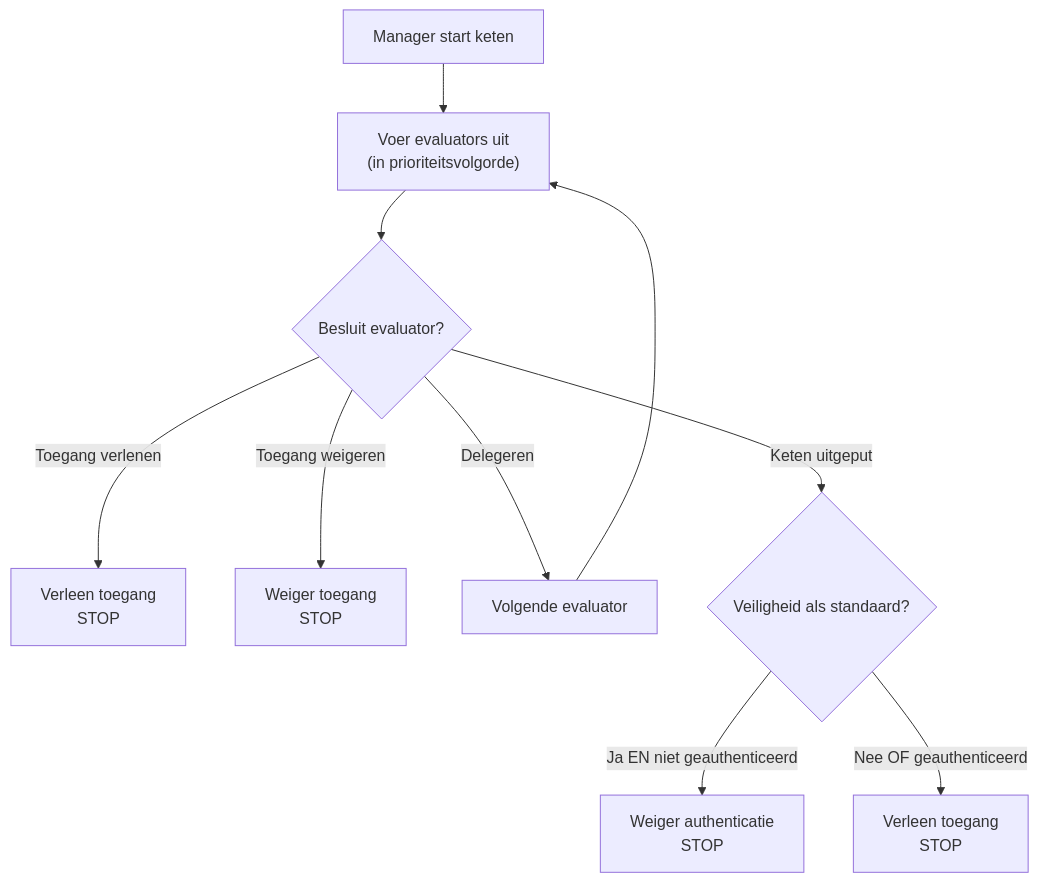
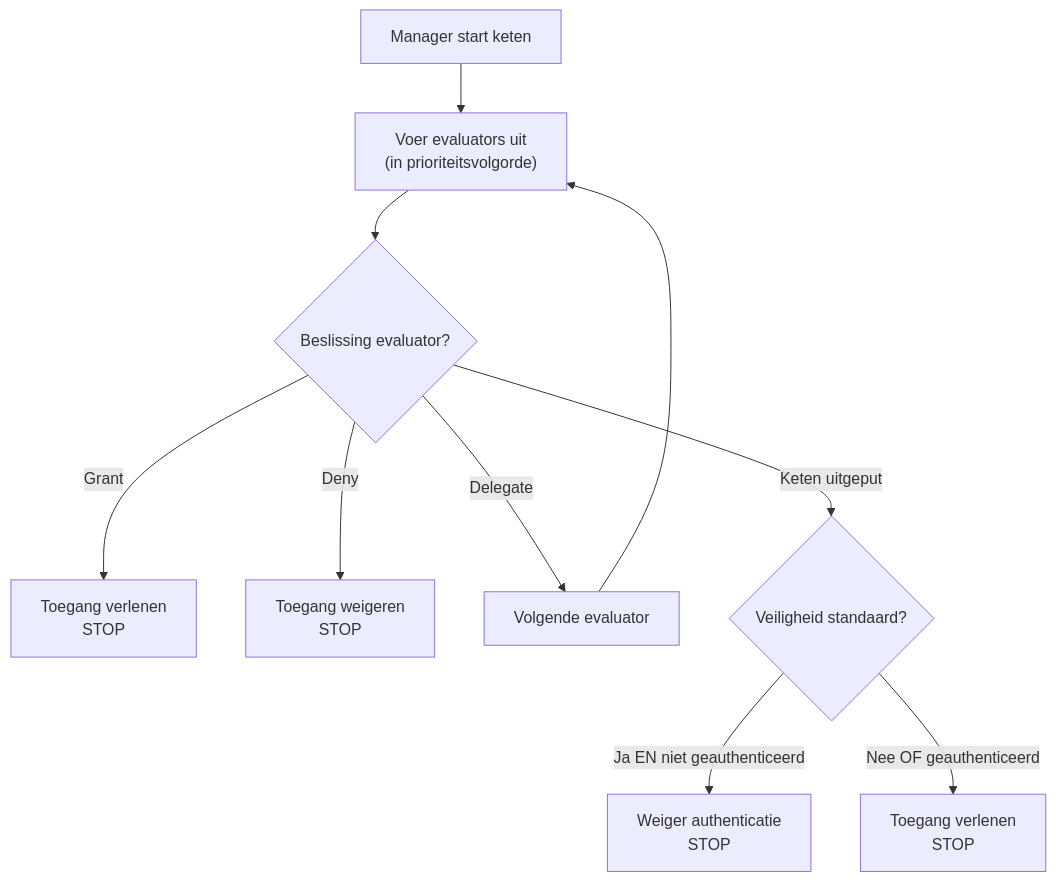
The diagram in docs/i18n/nl/docusaurus-plugin-content-docs/current/security/architecture/evaluator-chain.md (webforj/webforj-documentation), drawn with Mermaid before and after one commit. The commit also changed other lines of this file and 11 other files, not shown here.

````diff
--- a/docs/i18n/nl/docusaurus-plugin-content-docs/current/security/architecture/evaluator-chain.md
+++ b/docs/i18n/nl/docusaurus-plugin-content-docs/current/security/architecture/evaluator-chain.md
@@ -45,15 +45,15 @@
 ```mermaid
 flowchart TD
     Start["Manager start keten"] --> Eval["Voer evaluators uit<br/>(in prioriteitsvolgorde)"]
 
-    Eval --> Check{"Besluit evaluator?"}
-    Check -->|Toegang verlenen| Grant["Verleen toegang<br/>STOP"]
-    Check -->|Toegang weigeren| Deny["Weiger toegang<br/>STOP"]
-    Check -->|Delegeren| Next["Volgende evaluator"]
+    Eval --> Check{"Beslissing evaluator?"}
+    Check -->|Grant| Grant["Toegang verlenen<br/>STOP"]
+    Check -->|Deny| Deny["Toegang weigeren<br/>STOP"]
+    Check -->|Delegate| Next["Volgende evaluator"]
 
     Next --> Eval
 
-    Check -->|Keten uitgeput| Default{"Veiligheid als standaard?"}
+    Check -->|Keten uitgeput| Default{"Veiligheid standaard?"}
     Default -->|Ja EN niet geauthenticeerd| DenyDefault["Weiger authenticatie<br/>STOP"]
-    Default -->|Nee OF geauthenticeerd| GrantDefault["Verleen toegang<br/>STOP"]
+    Default -->|Nee OF geauthenticeerd| GrantDefault["Toegang verlenen<br/>STOP"]
 ```
````
